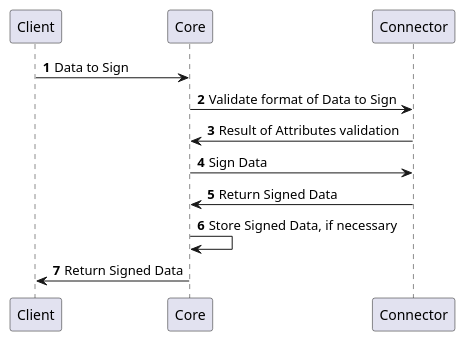
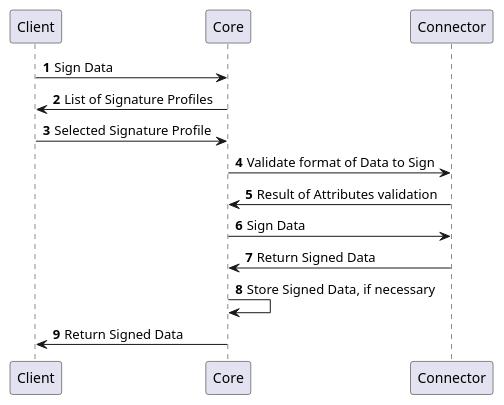
The ninth of 10 diagrams in docs/10-certificate-key/12-connectors/31-signature-provider.md (KaterinaBzatkova/CZERTAINLY-Documentation), drawn with PlantUML before and after one commit. The commit also changed other lines of this file, not shown here.

````diff
--- a/docs/10-certificate-key/12-connectors/31-signature-provider.md
+++ b/docs/10-certificate-key/12-connectors/31-signature-provider.md
@@ -200,13 +172,15 @@
 ```plantuml
     @startuml
     autonumber
     skinparam topurl https://docs.czertainly.com/api/
-        Client -> Core [[core-client-operations/#tag/v2-Client-Operations/operation/revokeCertificate]]: Data to Sign
+        Client -> Core [[core-client-operations/#tag/v2-Client-Operations/operation/revokeCertificate]]: Sign Data
+        Core -> Client: List of Signature Profiles
+        Client -> Core: Selected Signature Profile
         Core -> Connector [[connector-authority-provider-v2/#tag/Certificate-Management/operation/validateRevokeCertificateAttributes]]: Validate format of Data to Sign
         Connector -> Core: Result of Attributes validation
         Core -> Connector [[connector-authority-provider-v2/#tag/Certificate-Management/operation/revokeCertificate]]: Sign Data
         Connector -> Core: Return Signed Data 
         Core -> Core: Store Signed Data, if necessary
         Core -> Client: Return Signed Data
     @enduml
 ```
````
